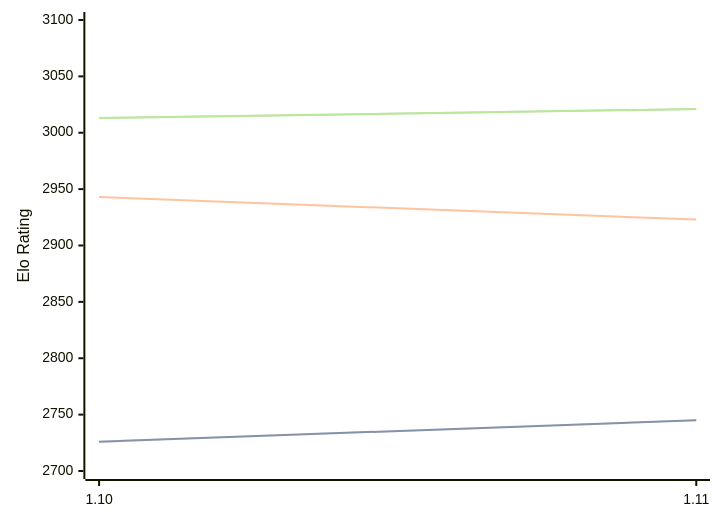
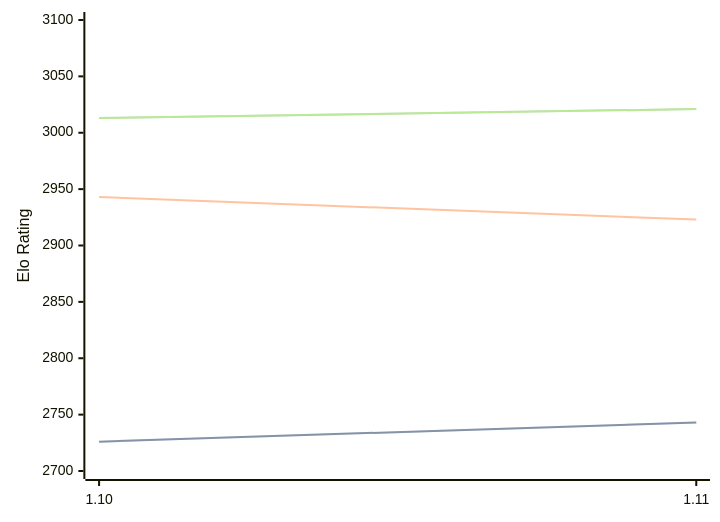
The third of 3 diagrams in engines/Roc.md (computer-chess-index/cci), drawn with Mermaid before and after one commit. The commit also changed other lines of this file, not shown here.

````diff
--- a/engines/Roc.md
+++ b/engines/Roc.md
@@ -98,11 +98,11 @@
 ```mermaid
 %%{init: {"theme":"base","themeVariables":{"seriesColors:['#a3a3a3','#222221','#faa371']}}}%%
 xychart-beta
   x-axis ["1.10", "1.11"]
   y-axis "Elo Rating" 2700 --> 3100
-  line "STC (8.0+0.08s)" [2726, 2745]
-  line "STC (8.0+0.08s)" [2726, 2745]
+  line "STC (8.0+0.08s)" [2726, 2743]
+  line "STC (8.0+0.08s)" [2726, 2743]
   line "LTC (60.0+0.60s)" [2943, 2923]
   line "VLTC (2m24s+1.12s)" [3013, 3021]
   line "VLTC (2m24s+1.12s)" [3013, 3021]
 ```
````
